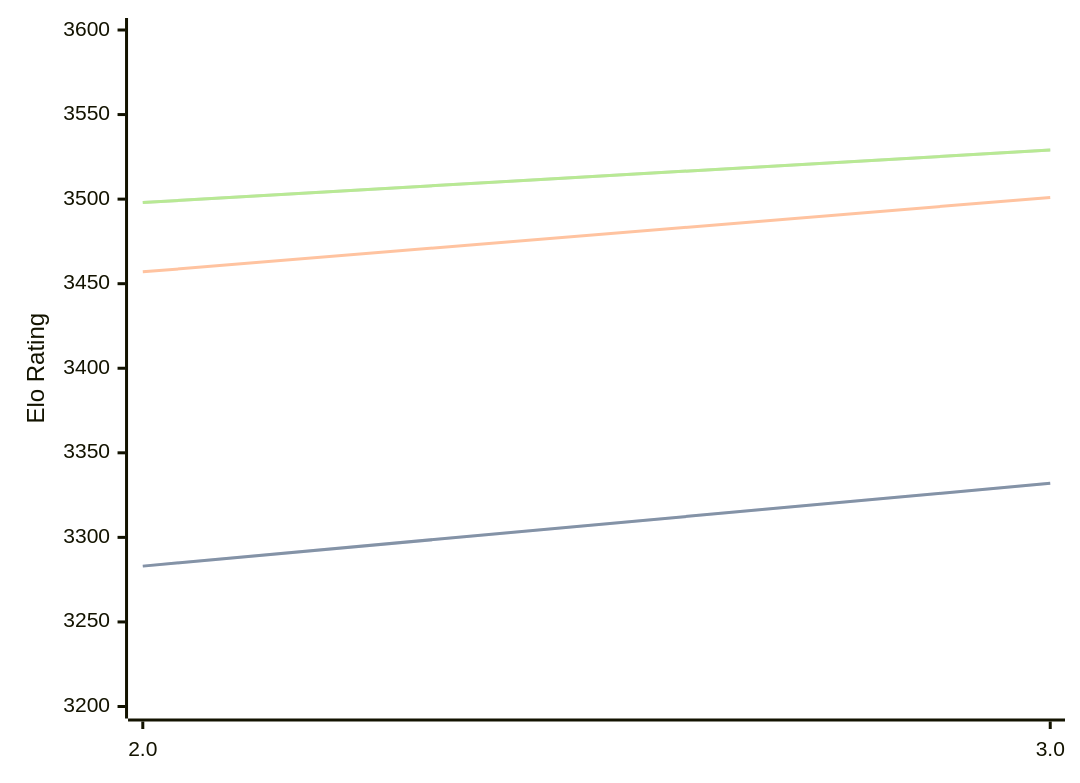
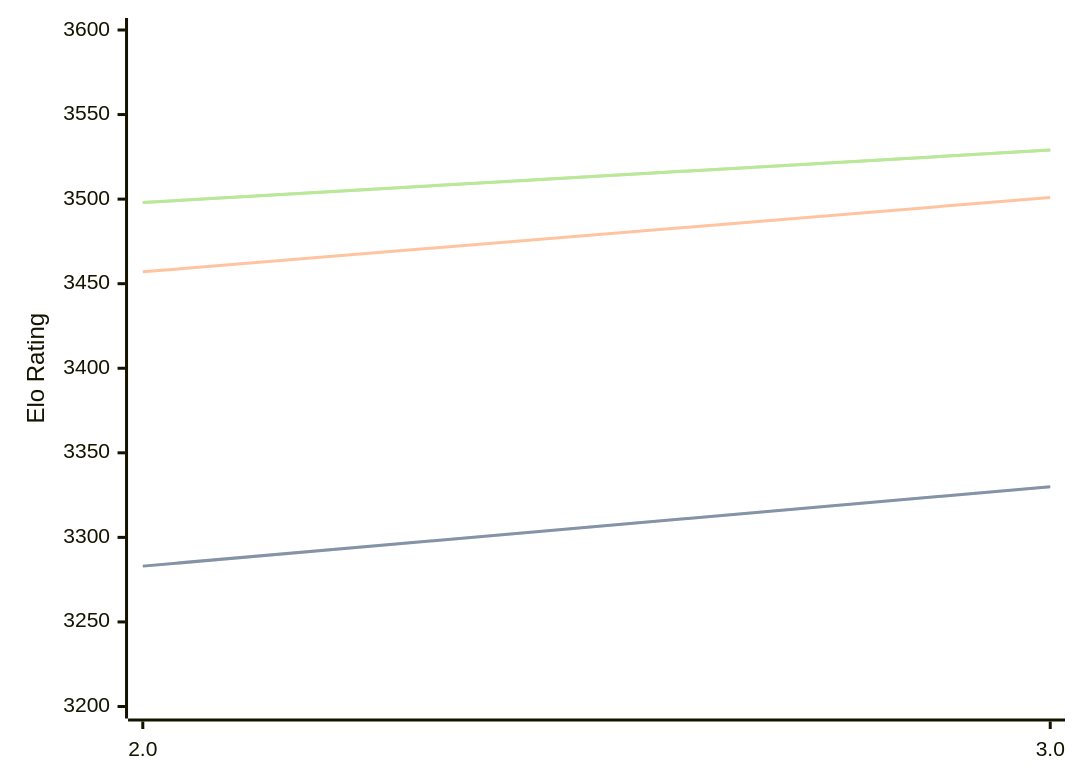
Before and after one commit to computer-chess-index/cci: the first of 3 diagrams in engines/Quanticade.md, drawn with Mermaid. The commit also changed other lines of this file, not shown here.

````diff
--- a/engines/Quanticade.md
+++ b/engines/Quanticade.md
@@ -41,11 +41,11 @@
 ```mermaid
 %%{init: {"theme":"base","themeVariables":{"seriesColors:['#a3a3a3','#222221','#faa371']}}}%%
 xychart-beta
   x-axis ["2.0", "3.0"]
   y-axis "Elo Rating" 3200 --> 3600
-  line "STC (8.0+0.08s)" [3283, 3332]
-  line "STC (8.0+0.08s)" [3283, 3332]
+  line "STC (8.0+0.08s)" [3283, 3330]
+  line "STC (8.0+0.08s)" [3283, 3330]
   line "LTC (60.0+0.60s)" [3457, 3501]
   line "VLTC (2m24s+1.12s)" [3498, 3529]
   line "VLTC (2m24s+1.12s)" [3498, 3529]
 ```
````
